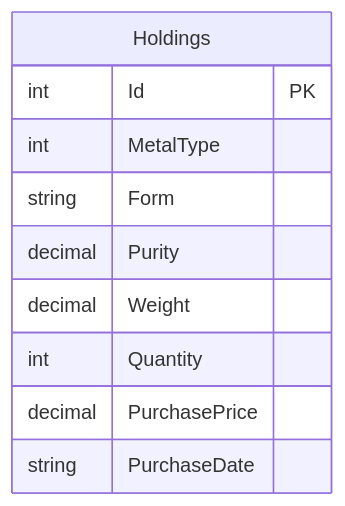
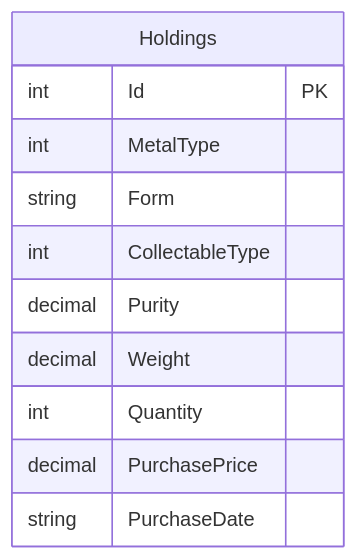
Before and after one commit to Moritz-Gluch/PreciousMetalsManager: the first of 2 diagrams in README.md, drawn with Mermaid.

Commit message:
FEATURE-03 Adjust README

````diff
--- a/README.md
+++ b/README.md
@@ -70,13 +70,14 @@
 ```mermaid
 erDiagram
     Holdings {
         int Id PK
         int MetalType
         string Form
+        int CollectableType
         decimal Purity
         decimal Weight
         int Quantity
         decimal PurchasePrice
         string PurchaseDate
     }
 ```
````
